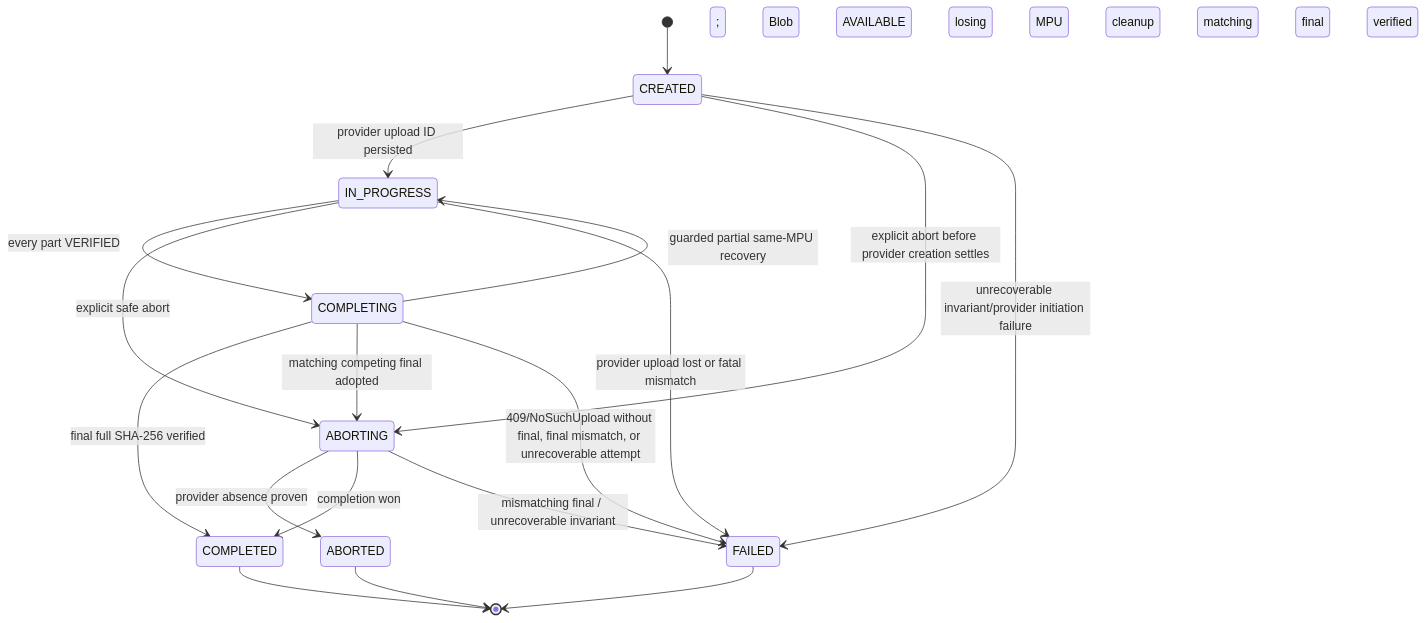
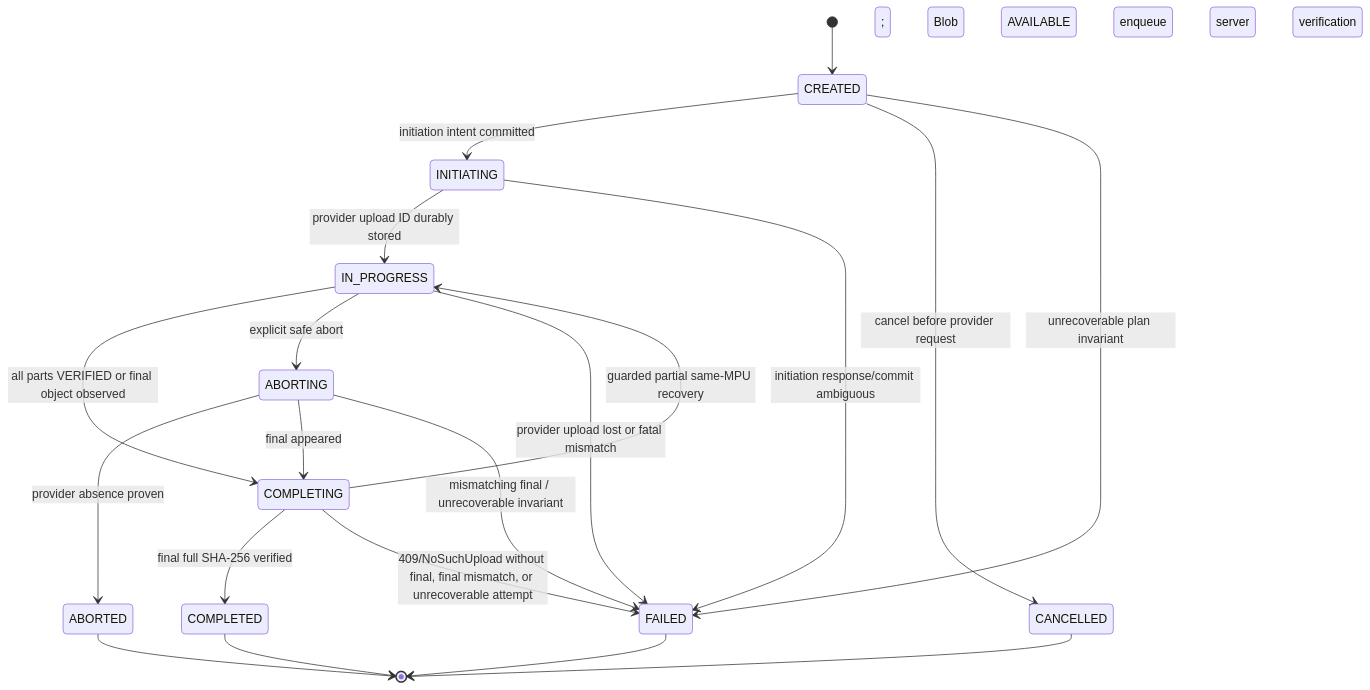
Before and after one commit to zbnerd/RoboLake: the first of 2 diagrams in docs/M2_STATE_MACHINES.md, drawn with Mermaid. The commit also changed other lines of this file and 15 other files, not shown here.

````diff
--- a/docs/M2_STATE_MACHINES.md
+++ b/docs/M2_STATE_MACHINES.md
@@ -21,20 +45,22 @@
 ```mermaid
 stateDiagram-v2
     [*] --> CREATED
-    CREATED --> IN_PROGRESS: provider upload ID persisted
-    CREATED --> ABORTING: explicit abort before provider creation settles
-    CREATED --> FAILED: unrecoverable invariant/provider initiation failure
-    IN_PROGRESS --> COMPLETING: every part VERIFIED
+    CREATED --> INITIATING: initiation intent committed
+    CREATED --> CANCELLED: cancel before provider request
+    CREATED --> FAILED: unrecoverable plan invariant
+    INITIATING --> IN_PROGRESS: provider upload ID durably stored
+    INITIATING --> FAILED: initiation response/commit ambiguous
+    IN_PROGRESS --> COMPLETING: all parts VERIFIED or final object observed
     IN_PROGRESS --> ABORTING: explicit safe abort
     IN_PROGRESS --> FAILED: provider upload lost or fatal mismatch
     COMPLETING --> IN_PROGRESS: guarded partial same-MPU recovery
     COMPLETING --> COMPLETED: final full SHA-256 verified; Blob AVAILABLE
-    COMPLETING --> ABORTING: matching competing final adopted; losing MPU cleanup
     COMPLETING --> FAILED: 409/NoSuchUpload without final, final mismatch, or unrecoverable attempt
     ABORTING --> ABORTED: provider absence proven
-    ABORTING --> COMPLETED: completion won; matching final verified
+    ABORTING --> COMPLETING: final appeared; enqueue server verification
     ABORTING --> FAILED: mismatching final / unrecoverable invariant
     COMPLETED --> [*]
     ABORTED --> [*]
+    CANCELLED --> [*]
     FAILED --> [*]
 ```
````
